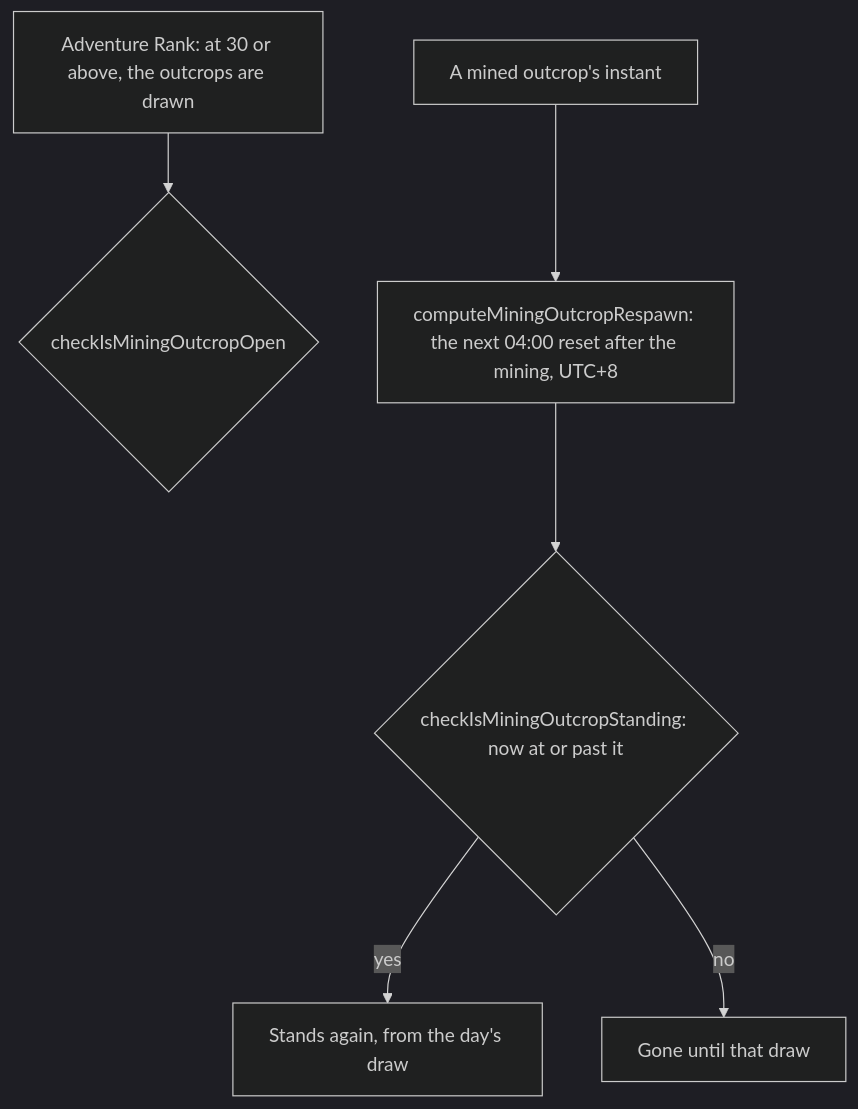
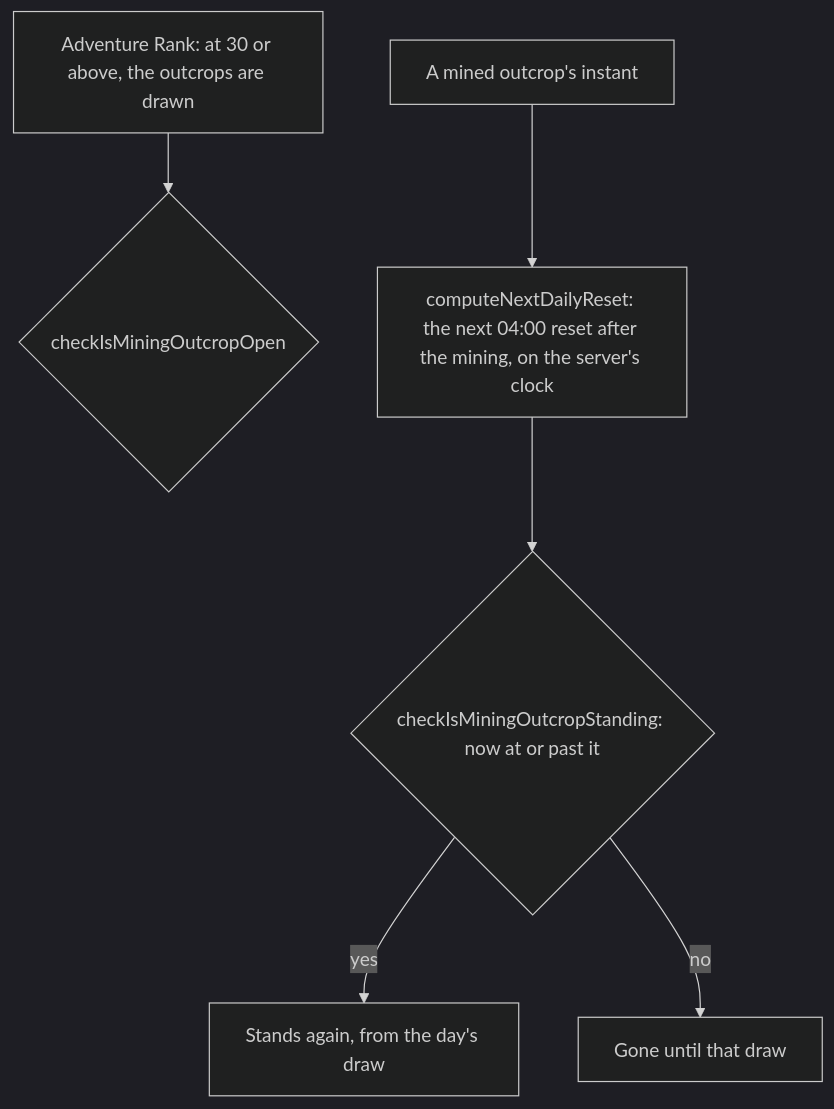
One commit to Esposter/Esposter changed the diagram in openspec/specs/genshin/mining-outcrops/design.md. Above: the diagram before and after it, drawn with Mermaid (dark theme). The commit also changed other lines of this file and 20 other files, not shown here.

First line of the commit message:
docs(genshin): the reset clock is specified and archived, and the spec pages state the server's clock

````diff
--- a/openspec/specs/genshin/mining-outcrops/design.md
+++ b/openspec/specs/genshin/mining-outcrops/design.md
@@ -7,8 +7,8 @@
 ```mermaid
 flowchart TD
   R["Adventure Rank: at 30 or above, the outcrops are drawn"] --> O{"checkIsMiningOutcropOpen"}
-  M["A mined outcrop's instant"] --> P["computeMiningOutcropRespawn: the next 04:00 reset after the mining, UTC+8"]
+  M["A mined outcrop's instant"] --> P["computeNextDailyReset: the next 04:00 reset after the mining, on the server's clock"]
   P --> S{"checkIsMiningOutcropStanding: now at or past it"}
   S -->|"yes"| D["Stands again, from the day's draw"]
   S -->|"no"| G["Gone until that draw"]
 ```
````
